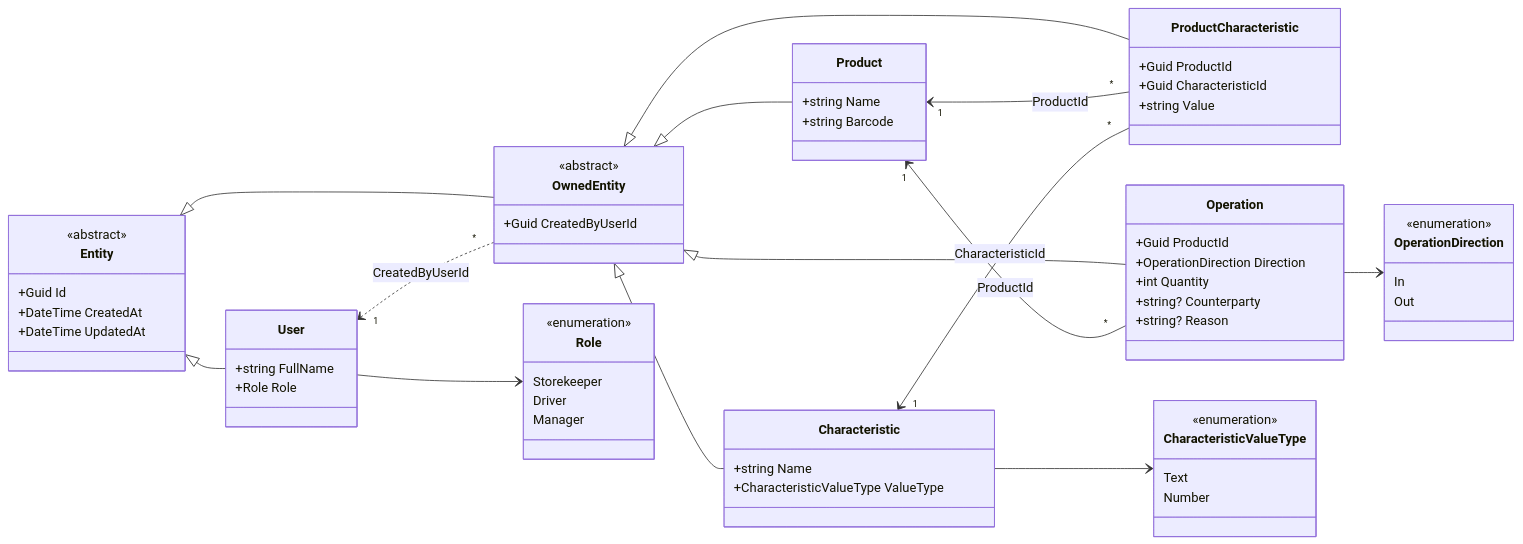
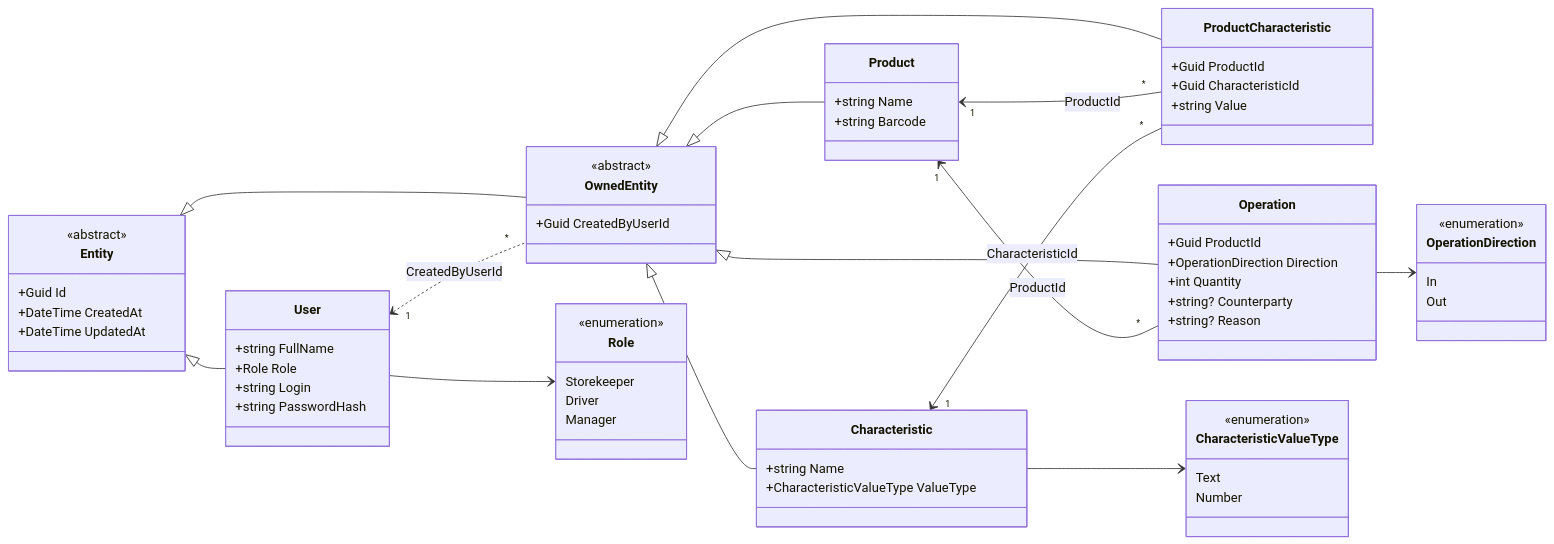
One commit to VladTetyorko/tdma-lab1-input-form-maui changed the diagram in docs/domain/entities.md. Above: the diagram before and after it, drawn with Mermaid. The commit also changed other lines of this file and 9 other files, not shown here.

````diff
--- a/docs/domain/entities.md
+++ b/docs/domain/entities.md
@@ -16,70 +16,72 @@
 ```mermaid
 classDiagram
     direction LR
 
     class Entity {
         <<abstract>>
         +Guid Id
         +DateTime CreatedAt
         +DateTime UpdatedAt
     }
     class OwnedEntity {
         <<abstract>>
         +Guid CreatedByUserId
     }
     class User {
         +string FullName
         +Role Role
+        +string Login
+        +string PasswordHash
     }
     class Product {
         +string Name
         +string Barcode
     }
     class Characteristic {
         +string Name
         +CharacteristicValueType ValueType
     }
     class ProductCharacteristic {
         +Guid ProductId
         +Guid CharacteristicId
         +string Value
     }
     class Operation {
         +Guid ProductId
         +OperationDirection Direction
         +int Quantity
         +string? Counterparty
         +string? Reason
     }
     class Role {
         <<enumeration>>
         Storekeeper
         Driver
         Manager
     }
     class CharacteristicValueType {
         <<enumeration>>
         Text
         Number
     }
     class OperationDirection {
         <<enumeration>>
         In
         Out
     }
 
     Entity <|-- User
     Entity <|-- OwnedEntity
     OwnedEntity <|-- Product
     OwnedEntity <|-- Characteristic
     OwnedEntity <|-- ProductCharacteristic
     OwnedEntity <|-- Operation
 
     User "1" <.. "*" OwnedEntity : CreatedByUserId
     Product "1" <-- "*" ProductCharacteristic : ProductId
     Characteristic "1" <-- "*" ProductCharacteristic : CharacteristicId
     Product "1" <-- "*" Operation : ProductId
     User --> Role
     Characteristic --> CharacteristicValueType
     Operation --> OperationDirection
 ```
````
